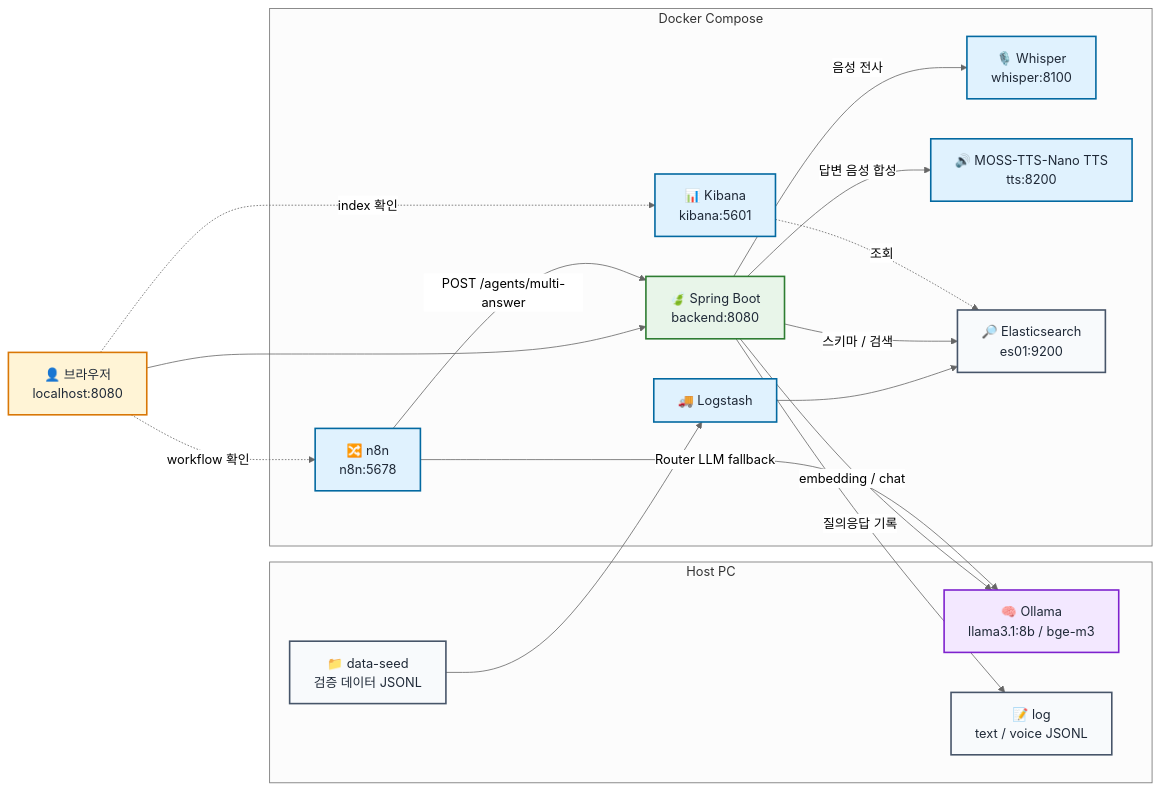
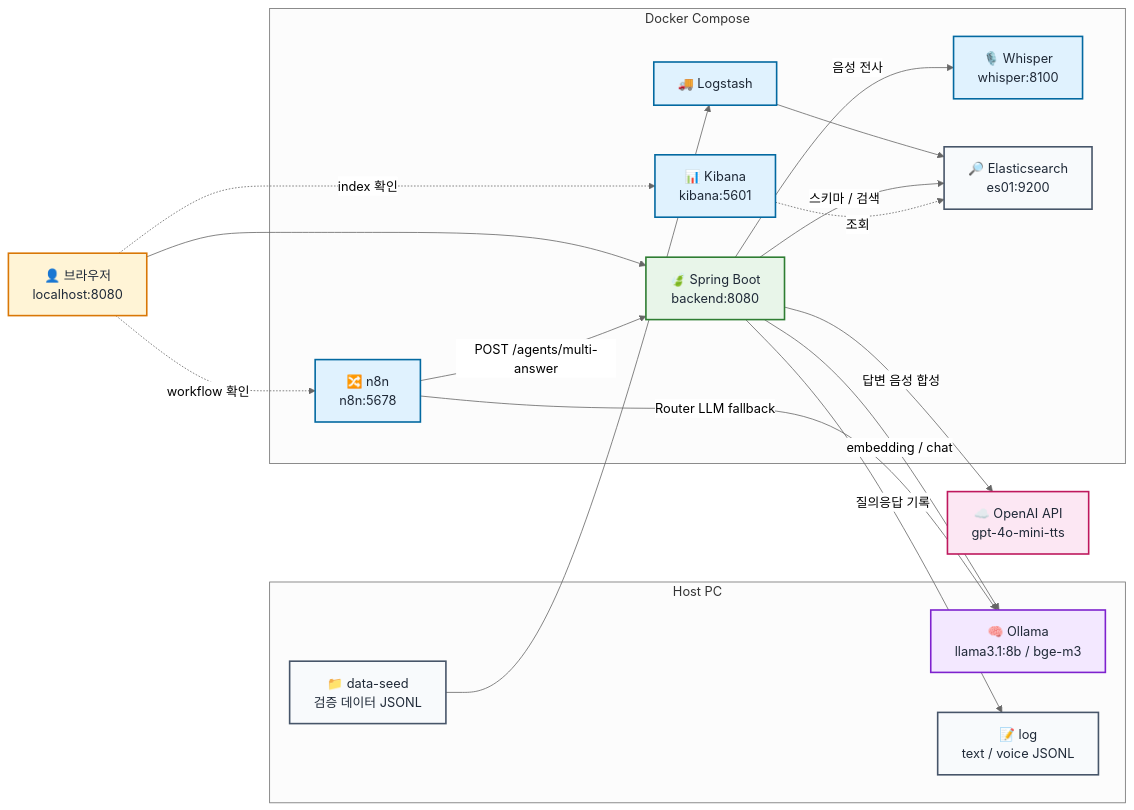
The first of 7 diagrams in README.md (kkkwp/hybrid-rag-voicebot), drawn with Mermaid (neutral theme) before and after one commit. The commit also changed other lines of this file, not shown here.

First line of the commit message:
docs: update README — replace MOSS-TTS-Nano with OpenAI gpt-4o-mini-tts

````diff
--- a/README.md
+++ b/README.md
@@ -28,49 +28,52 @@
 ```mermaid
 flowchart LR
     USER["👤 브라우저<br/>localhost:8080"]
 
     subgraph HOST["Host PC"]
         OLLAMA["🧠 Ollama<br/>llama3.1:8b / bge-m3"]
         SEED["📁 data-seed<br/>검증 데이터 JSONL"]
         RUNTIME_LOG["📝 log<br/>text / voice JSONL"]
     end
 
     subgraph DOCKER["Docker Compose"]
         BACKEND["🍃 Spring Boot<br/>backend:8080"]
         N8N["🔀 n8n<br/>n8n:5678"]
         WHISPER["🎙️ Whisper<br/>whisper:8100"]
-        TTS["🔊 MOSS-TTS-Nano TTS<br/>tts:8200"]
         LOGSTASH["🚚 Logstash"]
         ES["🔎 Elasticsearch<br/>es01:9200"]
         KIBANA["📊 Kibana<br/>kibana:5601"]
     end
+
+    OPENAI["☁️ OpenAI API<br/>gpt-4o-mini-tts"]
 
     USER --> BACKEND
     USER -. "workflow 확인" .-> N8N
     USER -. "index 확인" .-> KIBANA
 
     SEED --> LOGSTASH
     LOGSTASH --> ES
 
     BACKEND -- "스키마 / 검색" --> ES
     BACKEND -- "embedding / chat" --> OLLAMA
     BACKEND -- "음성 전사" --> WHISPER
-    BACKEND -- "답변 음성 합성" --> TTS
+    BACKEND -- "답변 음성 합성" --> OPENAI
     BACKEND -- "질의응답 기록" --> RUNTIME_LOG
 
     N8N -- "POST /agents/multi-answer" --> BACKEND
     N8N -- "Router LLM fallback" --> OLLAMA
     KIBANA -. "조회" .-> ES
 
     classDef user fill:#fff4d6,stroke:#d97706,color:#1f2937,stroke-width:2px;
     classDef app fill:#e8f5e9,stroke:#2e7d32,color:#1f2937,stroke-width:2px;
     classDef flow fill:#e0f2fe,stroke:#0369a1,color:#1f2937,stroke-width:2px;
     classDef data fill:#f8fafc,stroke:#475569,color:#1f2937,stroke-width:2px;
     classDef ai fill:#f3e8ff,stroke:#7e22ce,color:#1f2937,stroke-width:2px;
+    classDef cloud fill:#fce7f3,stroke:#be185d,color:#1f2937,stroke-width:2px;
 
     class USER user;
     class BACKEND app;
-    class N8N,LOGSTASH,WHISPER,TTS,KIBANA flow;
+    class N8N,LOGSTASH,WHISPER,KIBANA flow;
     class SEED,RUNTIME_LOG,ES data;
     class OLLAMA ai;
+    class OPENAI cloud;
 ```
````
